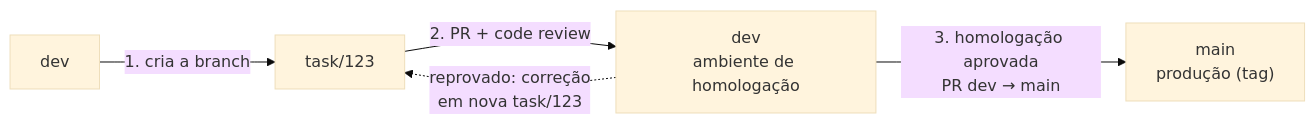
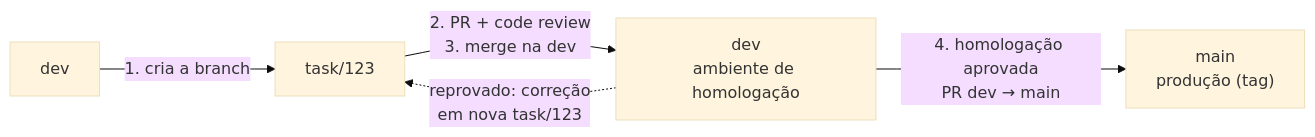
Before and after one commit to gabrielaalves-selbetti/azuredevops-projects-mdm: the diagram in docs/azure-devops/branches-e-commits.md, drawn with Mermaid (base theme). The commit also changed other lines of this file and 13 other files, not shown here.

````diff
--- a/docs/azure-devops/branches-e-commits.md
+++ b/docs/azure-devops/branches-e-commits.md
@@ -19,7 +17,7 @@
 ```mermaid
 flowchart LR
     DEV1["dev"] -->|"1. cria a branch"| T["task/123"]
-    T -->|"2. PR + code review"| DEV2["dev<br/>ambiente de homologação"]
-    DEV2 -->|"3. homologação aprovada<br/>PR dev → main"| MAIN["main<br/>produção (tag)"]
+    T -->|"2. PR + code review<br/>3. merge na dev"| DEV2["dev<br/>ambiente de homologação"]
+    DEV2 -->|"4. homologação aprovada<br/>PR dev → main"| MAIN["main<br/>produção (tag)"]
     DEV2 -.->|"reprovado: correção<br/>em nova task/123"| T
 ```
````
